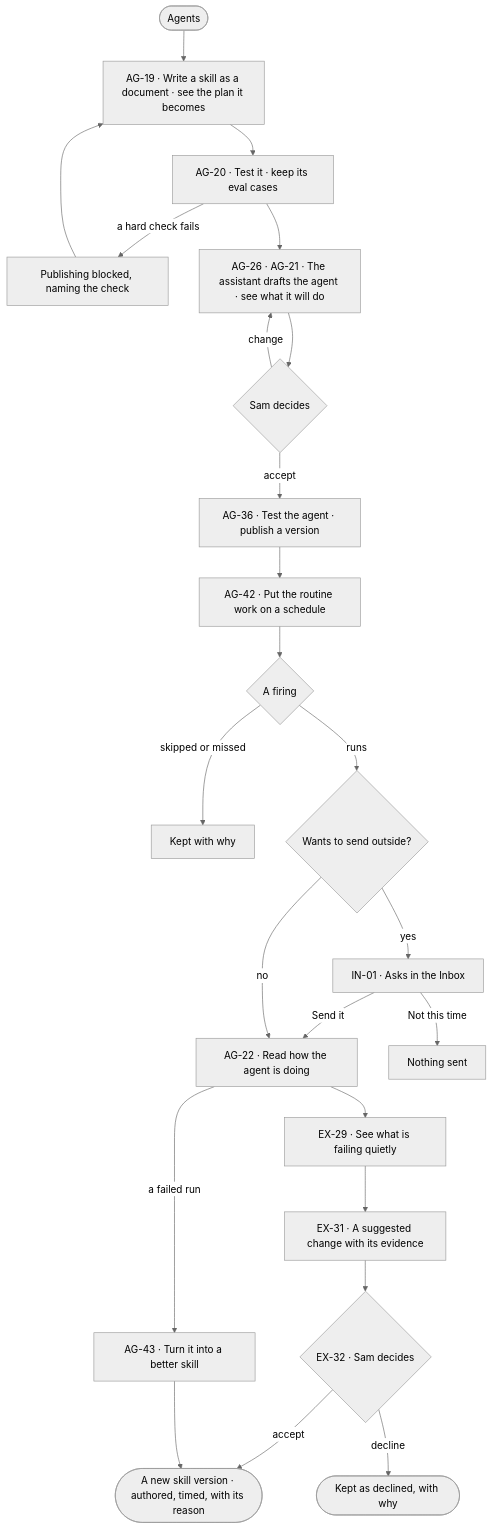
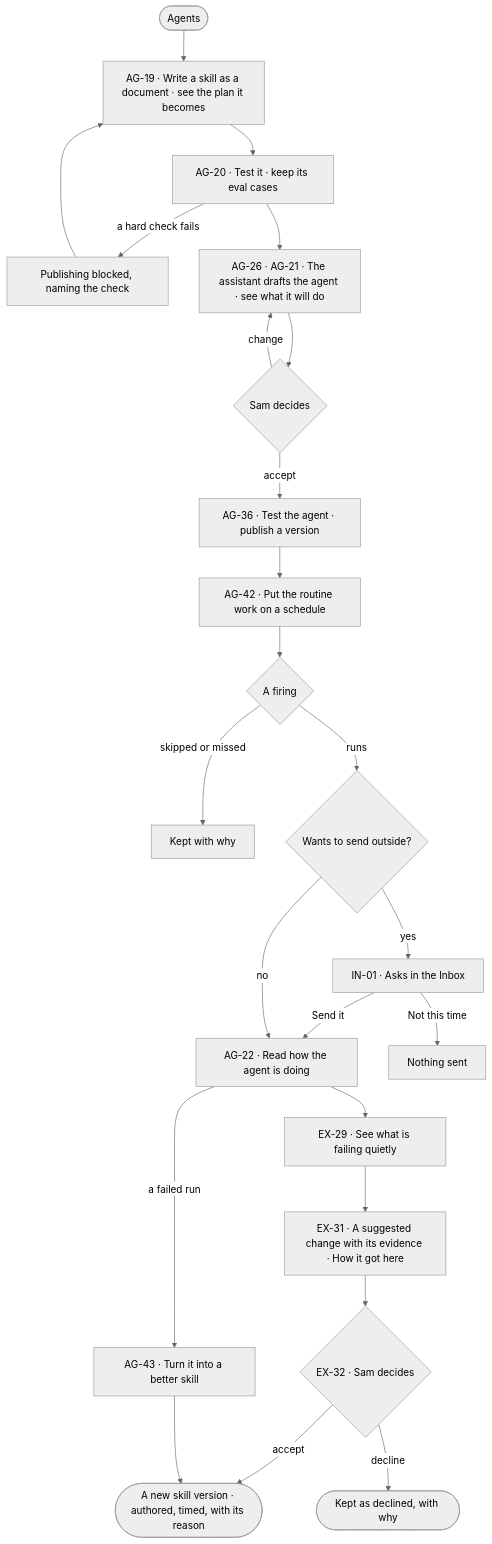
The diagram in specs/journeys/J04-build-an-agent-and-improve-it-from-what-runs-teach.md (invana/invana), drawn with Mermaid (neutral theme) before and after one commit. The commit also changed other lines of this file and 425 other files, not shown here.

````diff
--- a/specs/journeys/J04-build-an-agent-and-improve-it-from-what-runs-teach.md
+++ b/specs/journeys/J04-build-an-agent-and-improve-it-from-what-runs-teach.md
@@ -16,24 +16,24 @@
 ```mermaid
 flowchart TD
   A([Agents]) --> B["AG-19 · Write a skill as a document · see the plan it becomes"]
   B --> C["AG-20 · Test it · keep its eval cases"]
   C -->|a hard check fails| C1["Publishing blocked, naming the check"] --> B
   C --> D["AG-26 · AG-21 · The assistant drafts the agent · see what it will do"]
   D --> E{"Sam decides"}
   E -->|change| D
   E -->|accept| F["AG-36 · Test the agent · publish a version"]
   F --> G["AG-42 · Put the routine work on a schedule"]
   G --> H{"A firing"}
   H -->|skipped or missed| H1["Kept with why"]
   H -->|runs| I{"Wants to send outside?"}
   I -->|yes| J["IN-01 · Asks in the Inbox"]
   J -->|Send it| K
   J -->|Not this time| K1["Nothing sent"]
   I -->|no| K["AG-22 · Read how the agent is doing"]
   K --> L["EX-29 · See what is failing quietly"]
-  L --> M["EX-31 · A suggested change with its evidence"]
+  L --> M["EX-31 · A suggested change with its evidence · How it got here"]
   M --> N{"EX-32 · Sam decides"}
   N -->|accept| O(["A new skill version · authored, timed, with its reason"])
   N -->|decline| P(["Kept as declined, with why"])
   K -->|a failed run| Q["AG-43 · Turn it into a better skill"] --> O
 ```
````
